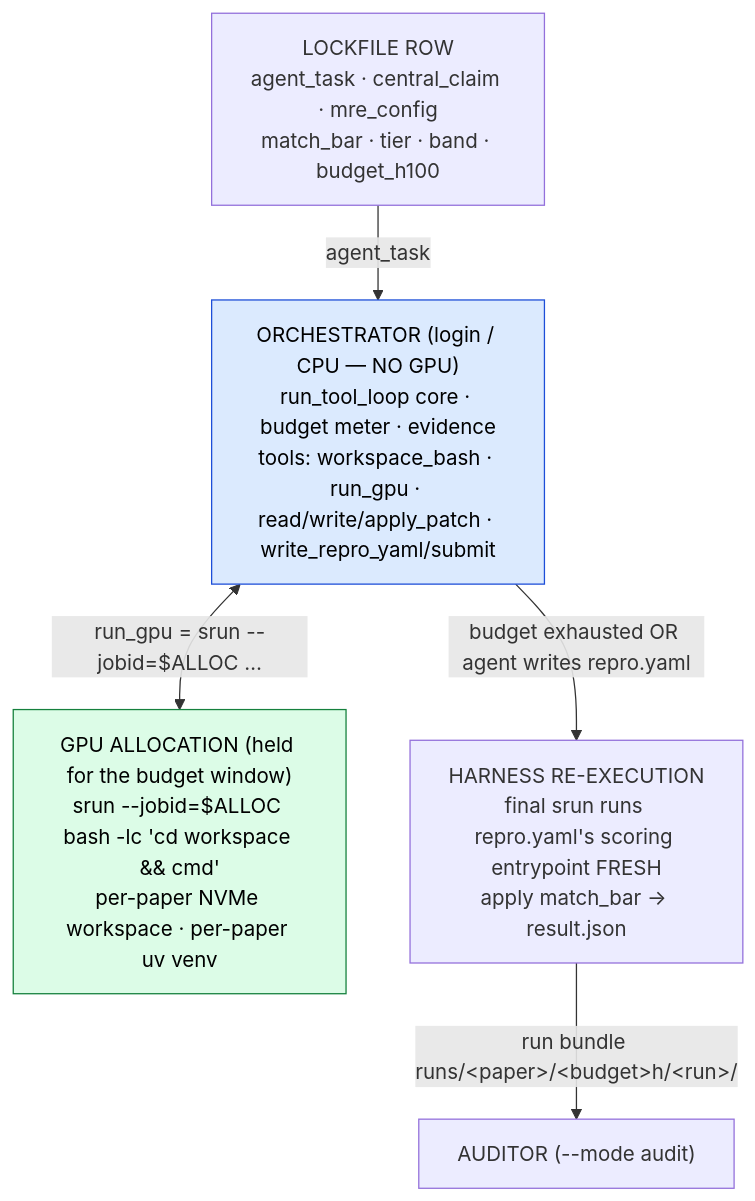
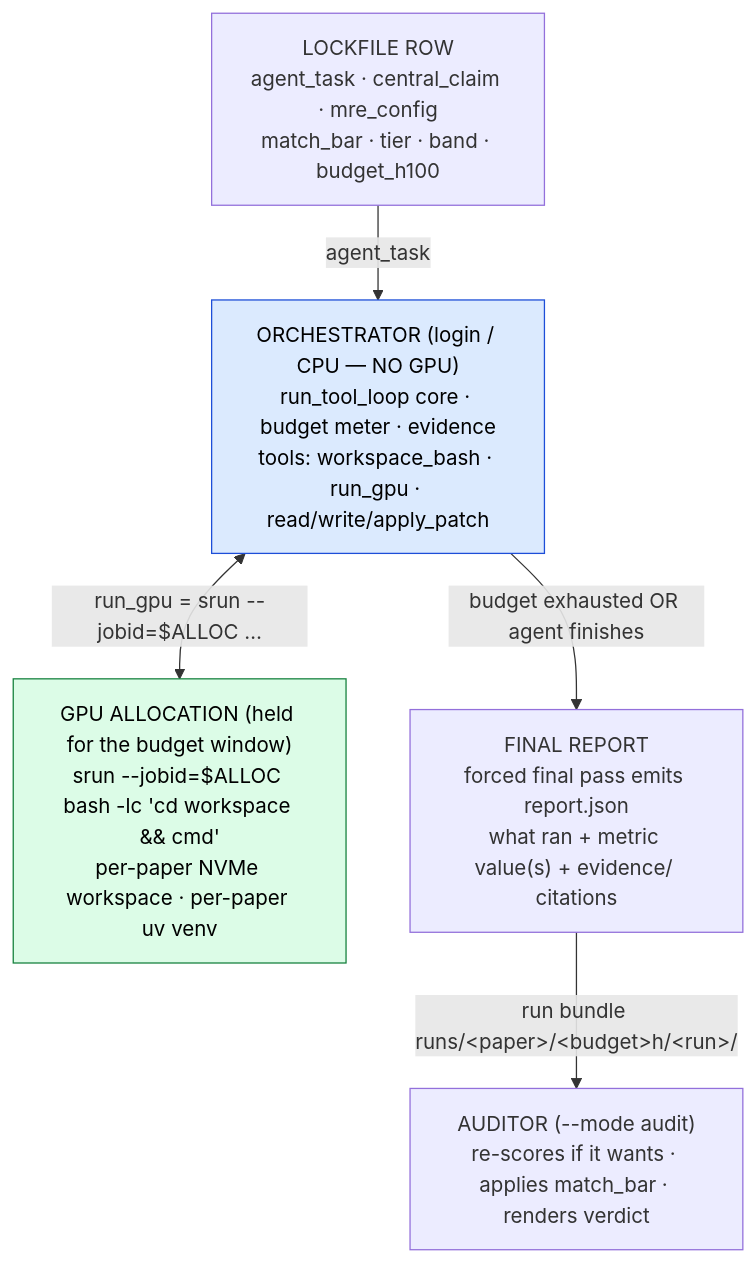
One commit to mithils3/reprocli changed the diagram in docs/modes/reproduction.md. Above: the diagram before and after it, drawn with Mermaid. The commit also changed other lines of this file and 22 other files, not shown here.

First line of the commit message:
repro: confine agent shell steps to their own dirs via mandatory bwrap

````diff
--- a/docs/modes/reproduction.md
+++ b/docs/modes/reproduction.md
@@ -54,16 +54,16 @@
 ```mermaid
 flowchart TD
   classDef cpu fill:#dbeafe,stroke:#1d4ed8,color:#000;
   classDef gpu fill:#dcfce7,stroke:#15803d,color:#000;
 
   LOCK["LOCKFILE ROW<br/>agent_task · central_claim · mre_config<br/>match_bar · tier · band · budget_h100"]
-  ORCH["ORCHESTRATOR (login / CPU — NO GPU)<br/>run_tool_loop core · budget meter · evidence<br/>tools: workspace_bash · run_gpu · read/write/apply_patch · write_repro_yaml/submit"]:::cpu
+  ORCH["ORCHESTRATOR (login / CPU — NO GPU)<br/>run_tool_loop core · budget meter · evidence<br/>tools: workspace_bash · run_gpu · read/write/apply_patch"]:::cpu
   GPU["GPU ALLOCATION (held for the budget window)<br/>srun --jobid=$ALLOC bash -lc 'cd workspace && cmd'<br/>per-paper NVMe workspace · per-paper uv venv"]:::gpu
-  HAR["HARNESS RE-EXECUTION<br/>final srun runs repro.yaml's scoring entrypoint FRESH<br/>apply match_bar → result.json"]
-  AU["AUDITOR (--mode audit)"]
+  REP["FINAL REPORT<br/>forced final pass emits report.json<br/>what ran + metric value(s) + evidence/ citations"]
+  AU["AUDITOR (--mode audit)<br/>re-scores if it wants · applies match_bar · renders verdict"]
 
   LOCK -->|agent_task| ORCH
   ORCH <-->|"run_gpu = srun --jobid=$ALLOC …"| GPU
-  ORCH -->|"budget exhausted OR agent writes repro.yaml"| HAR
-  HAR -->|"run bundle runs/&lt;paper&gt;/&lt;budget&gt;h/&lt;run&gt;/"| AU
+  ORCH -->|"budget exhausted OR agent finishes"| REP
+  REP -->|"run bundle runs/&lt;paper&gt;/&lt;budget&gt;h/&lt;run&gt;/"| AU
 ```
````
